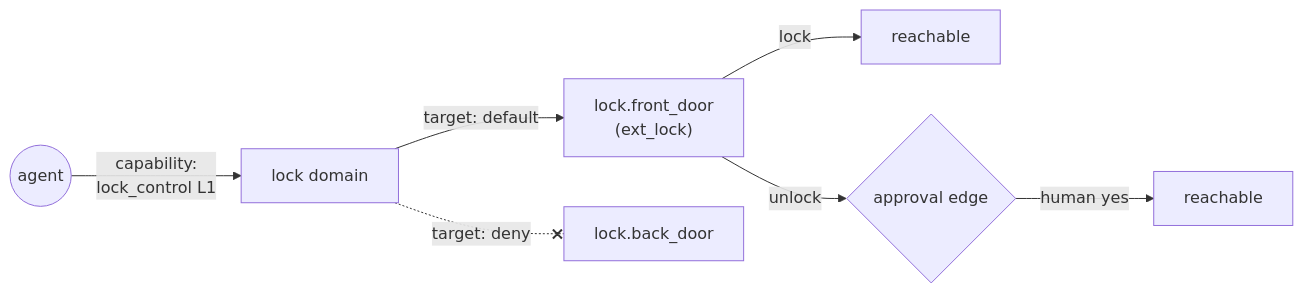
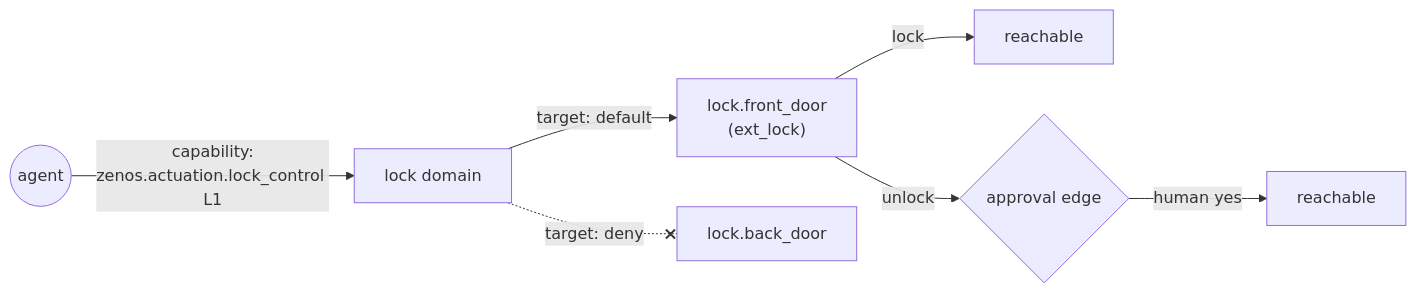
Before and after one commit to nathan-curtis/zenos-ai: the first of 2 diagrams in zenos_ai/docs/architecture/21_identity_as_traversal.md, drawn with Mermaid. The commit also changed other lines of this file and 121 other files, not shown here.

````diff
--- a/zenos_ai/docs/architecture/21_identity_as_traversal.md
+++ b/zenos_ai/docs/architecture/21_identity_as_traversal.md
@@ -24,8 +24,8 @@
 ```mermaid
 graph LR
-  A(("agent")) -- "capability:<br/>lock_control L1" --> LD["lock domain"]
+  A(("agent")) -- "capability:<br/>zenos.actuation.lock_control L1" --> LD["lock domain"]
   LD -- "target: default" --> FD["lock.front_door<br/>(ext_lock)"]
   LD -. "target: deny" .-x BD["lock.back_door"]
   FD -- "lock" --> OK1["reachable"]
   FD -- "unlock" --> AP{"approval edge"} -- "human yes" --> OK2["reachable"]
 ```
````
